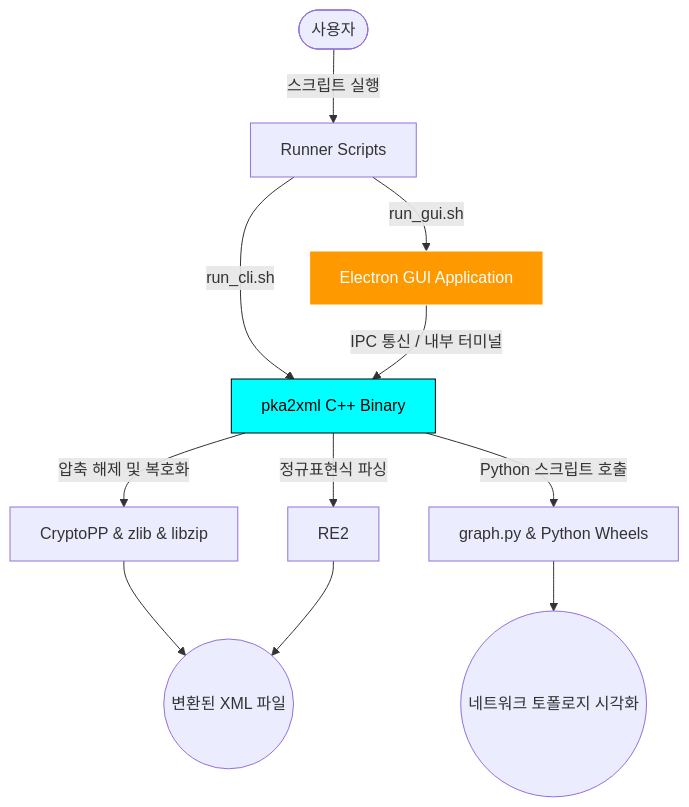
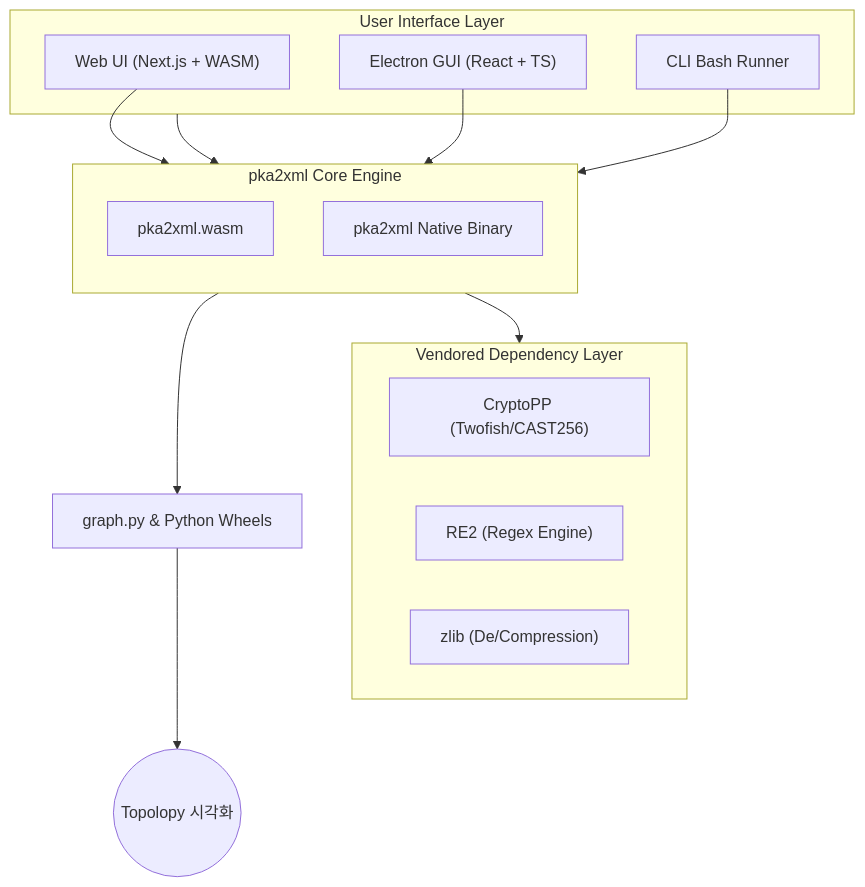
The diagram in readme.md (hslcrb/pka2xml_hslcrb-vendored), drawn with Mermaid before and after one commit. The commit also changed other lines of this file and 1 other file, not shown here.

Commit message:
Doc: Set GPL v3 License and Update README Architecture/Copyright

````diff
--- a/readme.md
+++ b/readme.md
@@ -10,22 +16,30 @@
 ```mermaid
-graph TD
-    User([사용자]) --> |스크립트 실행| Runner[Runner Scripts]
-    Runner --> |run_gui.sh| GUI[Electron GUI Application]
-    Runner --> |run_cli.sh| CLI[pka2xml C++ Binary]
+graph TB
+    subgraph UI_Layer [User Interface Layer]
+        Web["Web UI (Next.js + WASM)"]
+        GUI["Electron GUI (React + TS)"]
+        CLI_Run["CLI Bash Runner"]
+    end
+
+    subgraph Core_Engine [pka2xml Core Engine]
+        direction TB
+        WASM["pka2xml.wasm"]
+        Native["pka2xml Native Binary"]
+    end
+
+    subgraph Libraries [Vendored Dependency Layer]
+        Crypto["CryptoPP (Twofish/CAST256)"]
+        Regex["RE2 (Regex Engine)"]
+        Compression["zlib (De/Compression)"]
+    end
+
+    UI_Layer --> Core_Engine
+    Core_Engine --> Libraries
     
-    GUI --> |IPC 통신 / 내부 터미널| CLI
+    Web --> WASM
+    GUI --> Native
+    CLI_Run --> Native
     
-    CLI --> |압축 해제 및 복호화| Crypto[CryptoPP & zlib & libzip]
-    CLI --> |정규표현식 파싱| Parsing[RE2]
-    
-    CLI --> |Python 스크립트 호출| PythonGraph[graph.py & Python Wheels]
-    
-    Crypto --> Result((변환된 XML 파일))
-    Parsing --> Result
-    PythonGraph --> Viz((네트워크 토폴로지 시각화))
-
-    classDef cli fill:#0ff,color:#000,stroke:#000
-    classDef gui fill:#f90,color:#fff,stroke:#fff
-    class CLI cli
-    class GUI gui
+    Native --> PythonGraph[graph.py & Python Wheels]
+    PythonGraph --> Viz((Topolopy 시각화))
 ```
````
